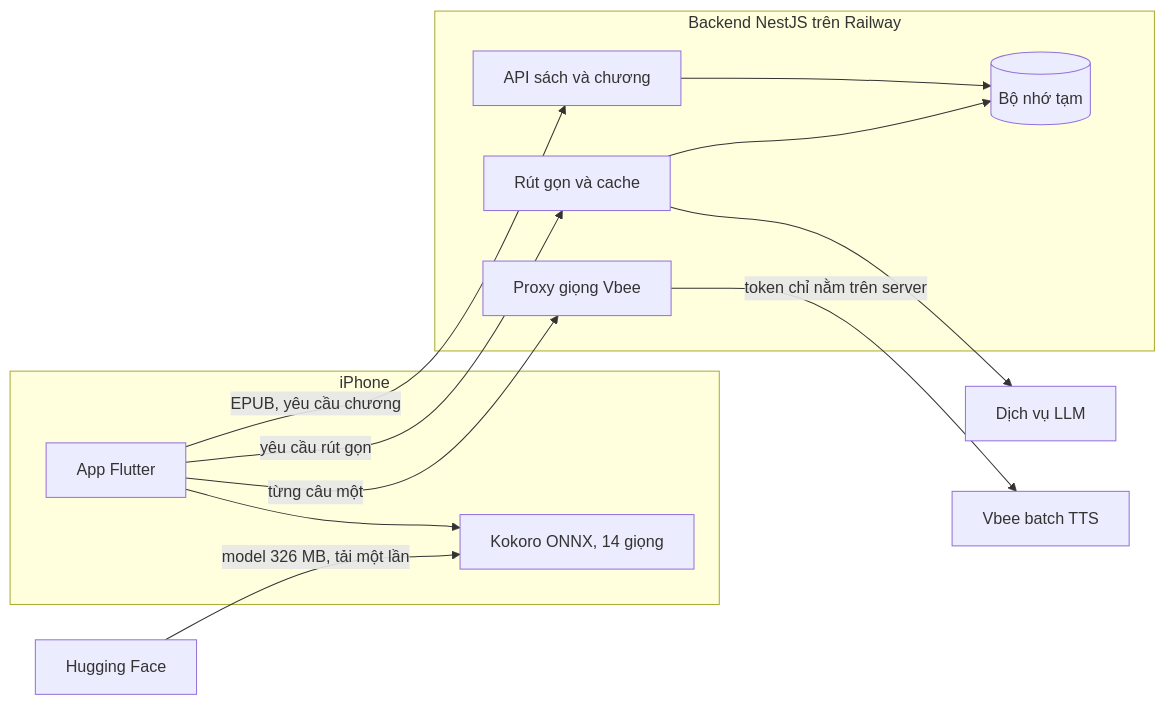
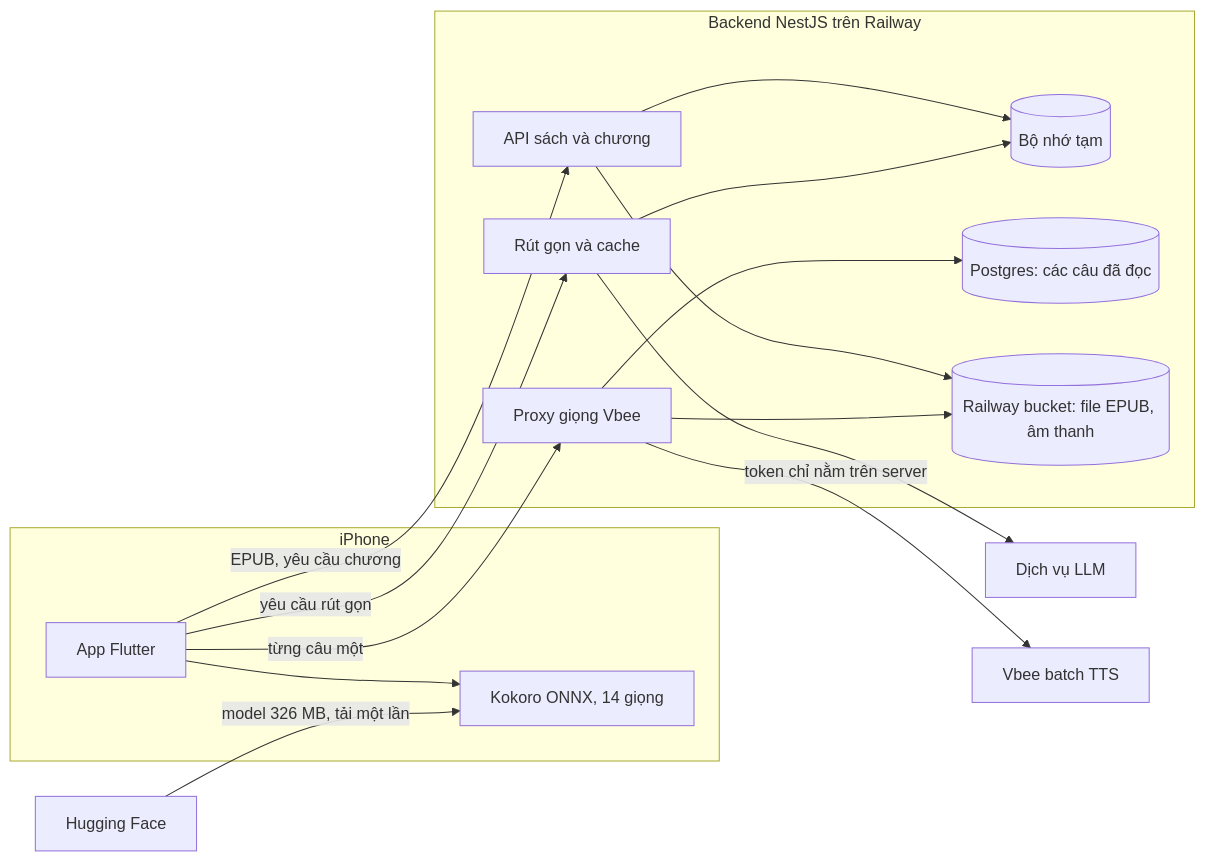
One commit to tinwritescode/ereader-ai changed the second of 2 diagrams in README.vi.md. Above: the diagram before and after it, drawn with Mermaid. The commit also changed other lines of this file and 22 other files, not shown here.

First line of the commit message:
Keep each sentence read aloud in Postgres and a bucket

````diff
--- a/README.vi.md
+++ b/README.vi.md
@@ -57,28 +57,33 @@
 ```mermaid
 flowchart LR
     subgraph phone["iPhone"]
         ui["App Flutter"]
         tts["Kokoro ONNX, 14 giọng"]
         ui --> tts
     end
 
     subgraph server["Backend NestJS trên Railway"]
         api["API sách và chương"]
         digest["Rút gọn và cache"]
         speech["Proxy giọng Vbee"]
         memory[("Bộ nhớ tạm")]
         api --> memory
         digest --> memory
+        clips[("Postgres: các câu đã đọc")]
+        bucket[("Railway bucket: file EPUB, âm thanh")]
+        api --> bucket
+        speech --> clips
+        speech --> bucket
     end
 
     llm["Dịch vụ LLM"]
     hf["Hugging Face"]
     vbee["Vbee batch TTS"]
 
     ui -- "EPUB, yêu cầu chương" --> api
     ui -- "yêu cầu rút gọn" --> digest
     digest --> llm
     hf -- "model 326 MB, tải một lần" --> tts
     ui -- "từng câu một" --> speech
     speech -- "token chỉ nằm trên server" --> vbee
 ```
````
